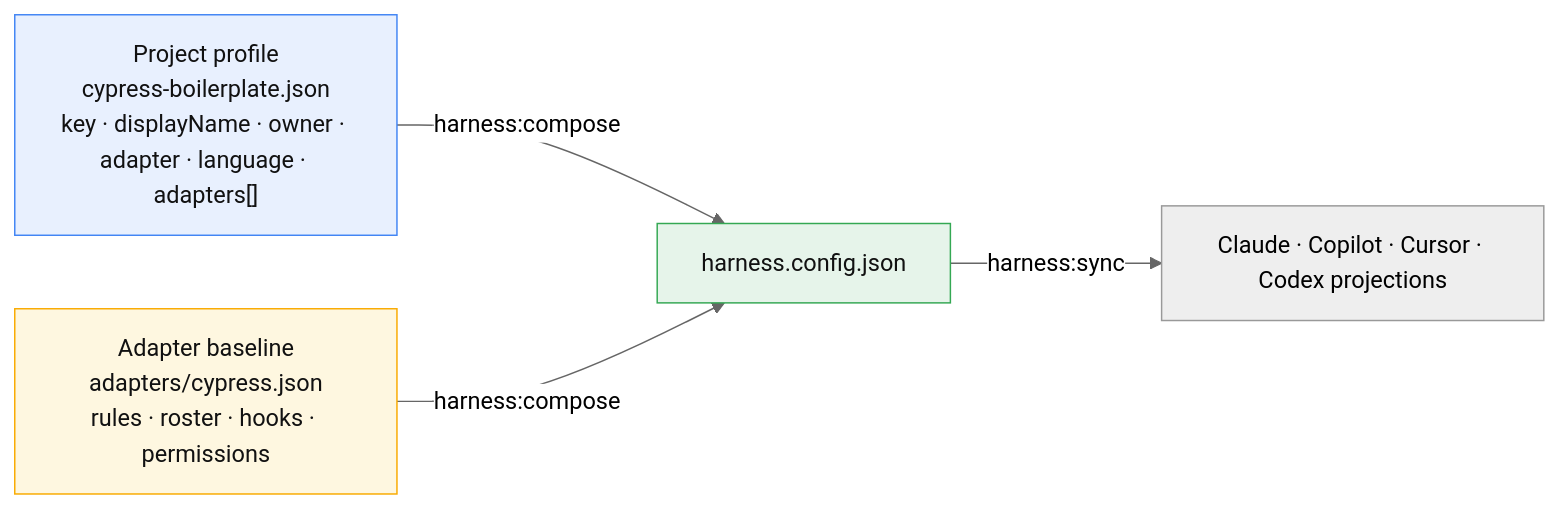
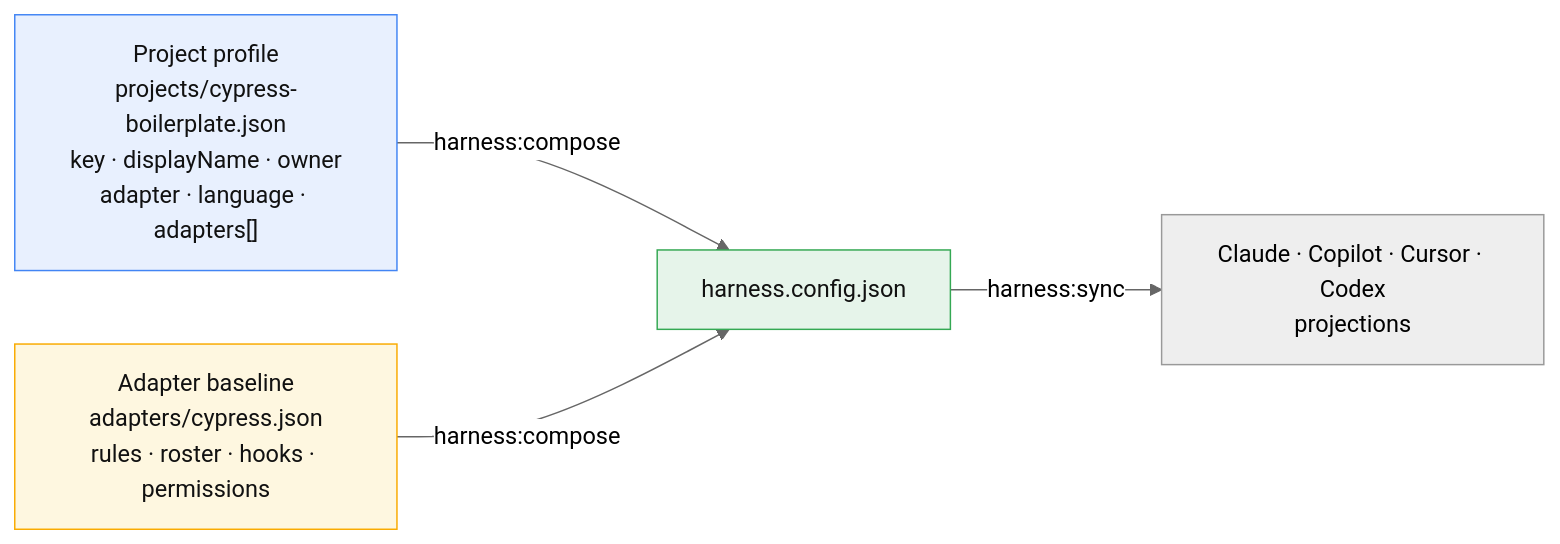
The eighth of 11 diagrams in docs/onboarding/first-session.md (lfyagya/AI-Agentic-Test-Development), drawn with Mermaid (neutral theme) before and after one commit. The commit also changed other lines of this file, not shown here.

````diff
--- a/docs/onboarding/first-session.md
+++ b/docs/onboarding/first-session.md
@@ -152,12 +175,12 @@
 ```mermaid
 flowchart LR
-    P["Project profile<br/>cypress-boilerplate.json<br/>key · displayName · owner · adapter · language · adapters[]"]
+    P["Project profile<br/>projects/cypress-boilerplate.json<br/>key · displayName · owner<br/>adapter · language · adapters[]"]
     A["Adapter baseline<br/>adapters/cypress.json<br/>rules · roster · hooks · permissions"]
     P -- harness:compose --> CFG["harness.config.json"]
     A -- harness:compose --> CFG
-    CFG -- harness:sync --> Proj["Claude · Copilot · Cursor · Codex projections"]
+    CFG -- harness:sync --> Proj["Claude · Copilot · Cursor · Codex<br/>projections"]
 
     style P fill:#e8f0fe,stroke:#4285f4,color:#111
     style A fill:#fef7e0,stroke:#f9ab00,color:#111
     style CFG fill:#e6f4ea,stroke:#34a853,color:#111
 ```
````
